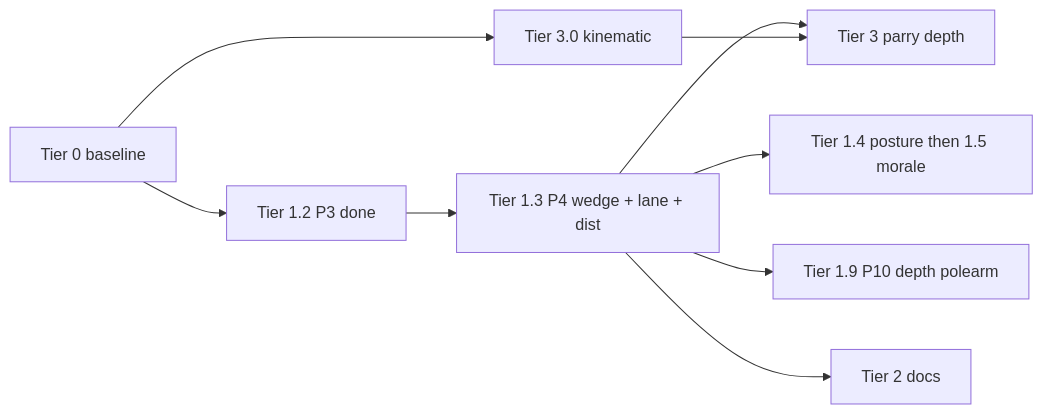
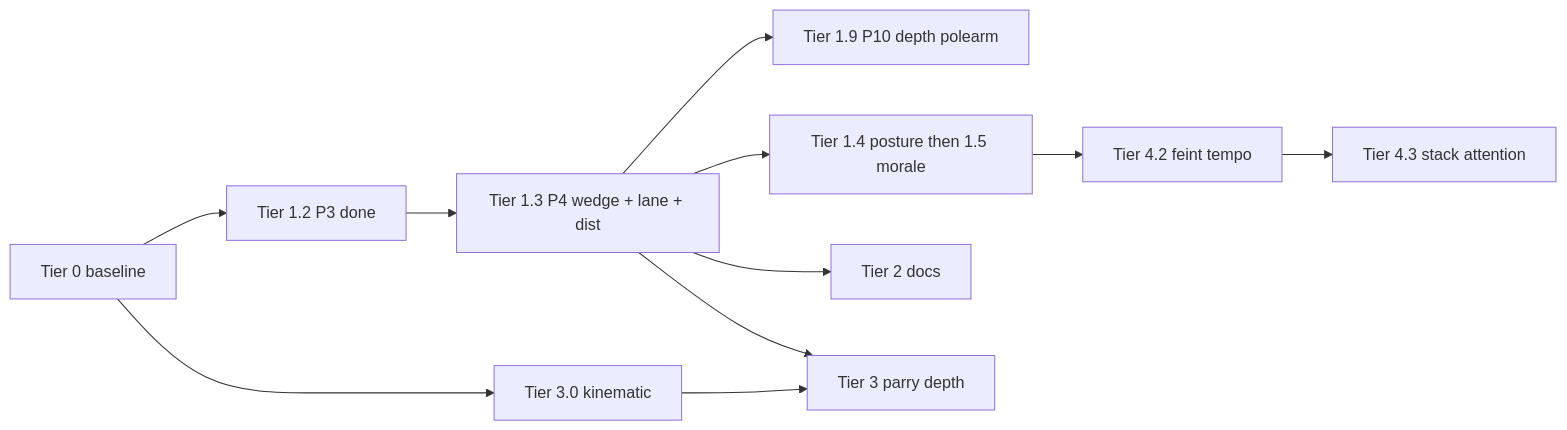
One commit to Evernight27/FallenPaths changed the diagram in docs/IMPLEMENTATION_ORDER.md. Above: the diagram before and after it, drawn with Mermaid. The commit also changed other lines of this file and 43 other files, not shown here.

````diff
--- a/docs/IMPLEMENTATION_ORDER.md
+++ b/docs/IMPLEMENTATION_ORDER.md
@@ -60,17 +71,20 @@
 ```mermaid
 flowchart LR
   T0[Tier 0 baseline]
   T30[Tier 3.0 kinematic]
   T12[Tier 1.2 P3 done]
   T13[Tier 1.3 P4 wedge + lane + dist]
   T19[Tier 1.9 P10 depth polearm]
   T14[Tier 1.4 posture then 1.5 morale]
   T2[Tier 2 docs]
   T3[Tier 3 parry depth]
+  T42[Tier 4.2 feint tempo]
+  T43[Tier 4.3 stack attention]
   T0 --> T30
   T0 --> T12 --> T13 --> T14
   T13 --> T19
   T13 --> T2
   T13 --> T3
   T30 --> T3
+  T14 --> T42 --> T43
 ```
````
